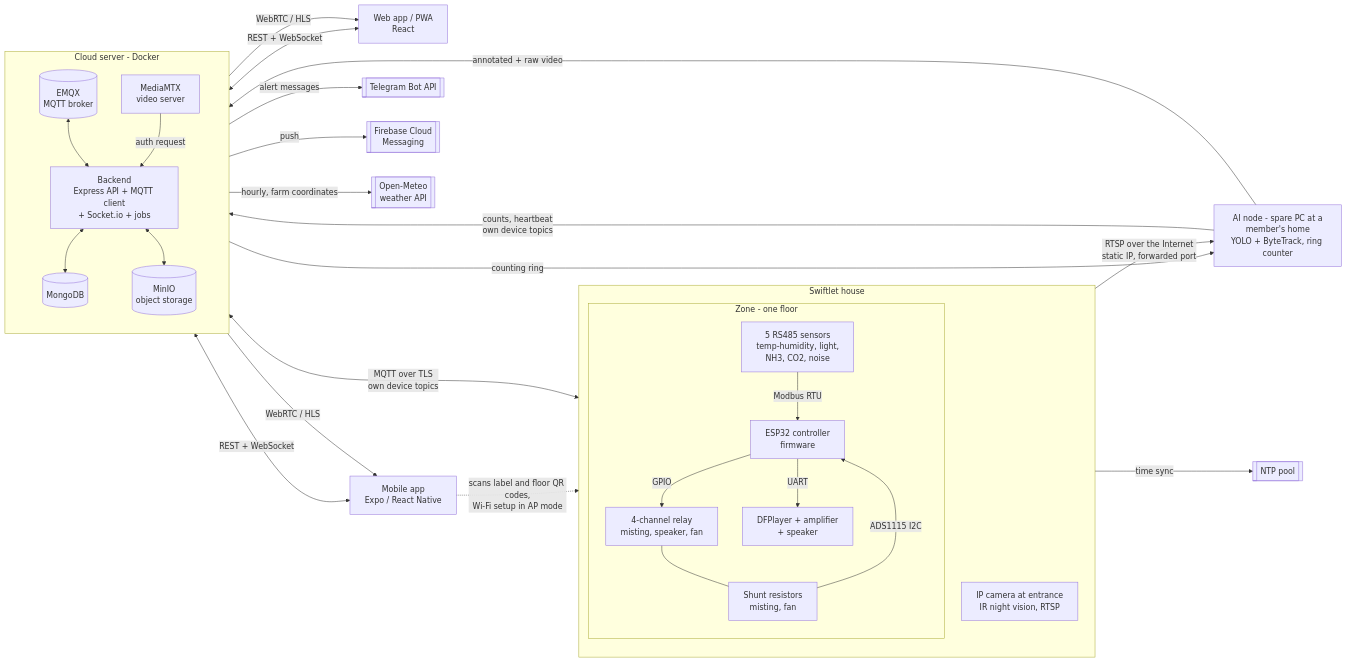
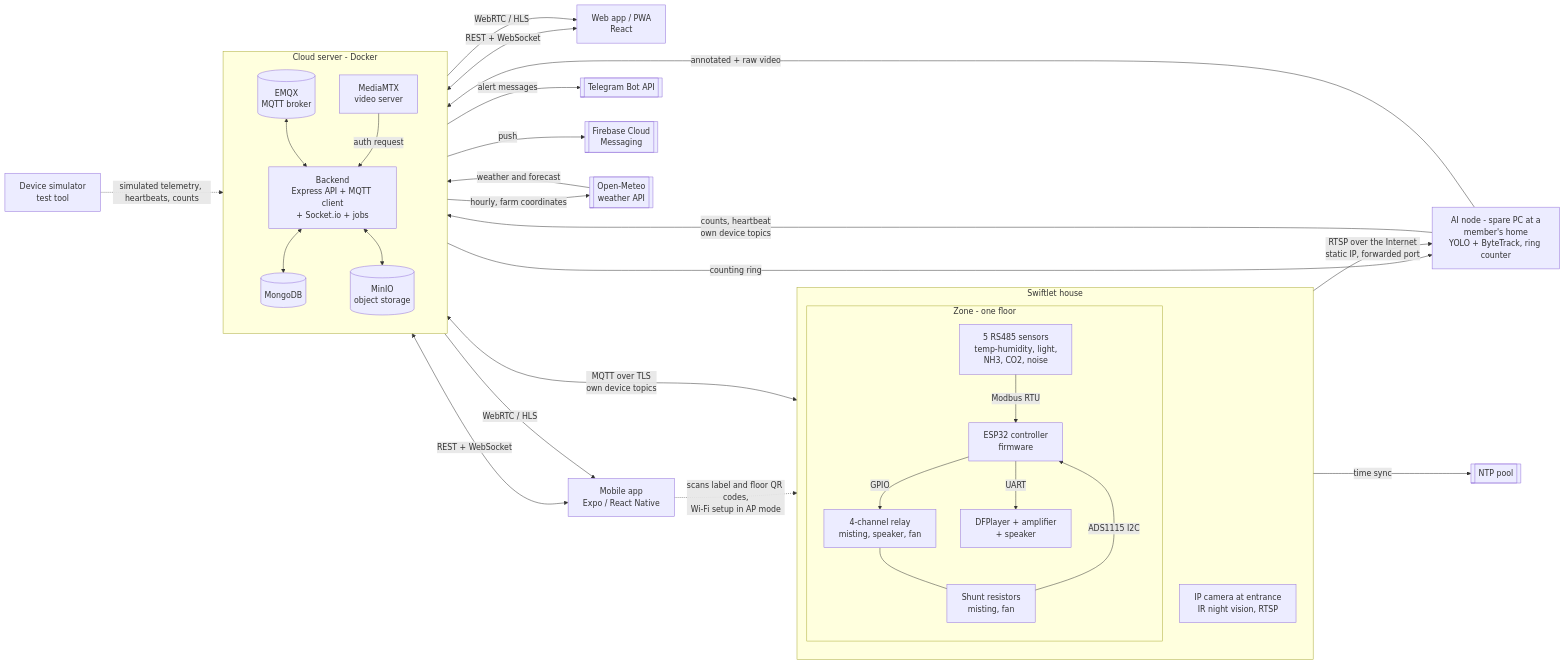
Before and after one commit to NBao261/SwiftletCare_KLTN: the first of 40 diagrams in docs/reports/report4-sdd.md, drawn with Mermaid. The commit also changed other lines of this file, not shown here.

````diff
--- a/docs/reports/report4-sdd.md
+++ b/docs/reports/report4-sdd.md
@@ -63,53 +64,56 @@
 ```mermaid
 flowchart LR
   subgraph HOUSE[Swiftlet house]
     direction TB
     subgraph ZONE[Zone - one floor]
       S[5 RS485 sensors<br/>temp-humidity, light,<br/>NH3, CO2, noise]
       ESP[ESP32 controller<br/>firmware]
       R[4-channel relay<br/>misting, speaker, fan]
       SPK[DFPlayer + amplifier<br/>+ speaker]
       CT[Shunt resistors<br/>misting, fan]
       S -- Modbus RTU --> ESP
       ESP -- GPIO --> R
       ESP -- UART --> SPK
       R --- CT
       CT -- ADS1115 I2C --> ESP
     end
     CAM[IP camera at entrance<br/>IR night vision, RTSP]
   end
   AINODE[AI node - spare PC at a<br/>member's home<br/>YOLO + ByteTrack, ring counter]
   subgraph CLOUD[Cloud server - Docker]
     direction TB
     EMQX[(EMQX<br/>MQTT broker)]
     API[Backend<br/>Express API + MQTT client<br/>+ Socket.io + jobs]
     DB[(MongoDB)]
     MINIO[(MinIO<br/>object storage)]
     MTX[MediaMTX<br/>video server]
   end
   WEB[Web app / PWA<br/>React]
   MOB[Mobile app<br/>Expo / React Native]
   TG[[Telegram Bot API]]
   FCM[[Firebase Cloud<br/>Messaging]]
   NTP[[NTP pool]]
   WX[[Open-Meteo<br/>weather API]]
+  SIM[Device simulator<br/>test tool]
 
   ESP <-- MQTT over TLS<br/>own device topics --> EMQX
   CAM -- RTSP over the Internet<br/>static IP, forwarded port --> AINODE
   AINODE -- counts, heartbeat<br/>own device topics --> EMQX
   EMQX -- counting ring --> AINODE
   AINODE -- annotated + raw video --> MTX
   EMQX <--> API
   API <--> DB
   API <--> MINIO
   MTX -- auth request --> API
   API <-- REST + WebSocket --> WEB
   API <-- REST + WebSocket --> MOB
   MTX -- WebRTC / HLS --> WEB
   MTX -- WebRTC / HLS --> MOB
   API -- alert messages --> TG
   API -- push --> FCM
   ESP -- time sync --> NTP
   API -- hourly, farm coordinates --> WX
+  WX -- weather and forecast --> API
+  SIM -. simulated telemetry, heartbeats, counts .-> EMQX
   MOB -. scans label and floor QR codes,<br/>Wi-Fi setup in AP mode .-> ESP
 ```
````
